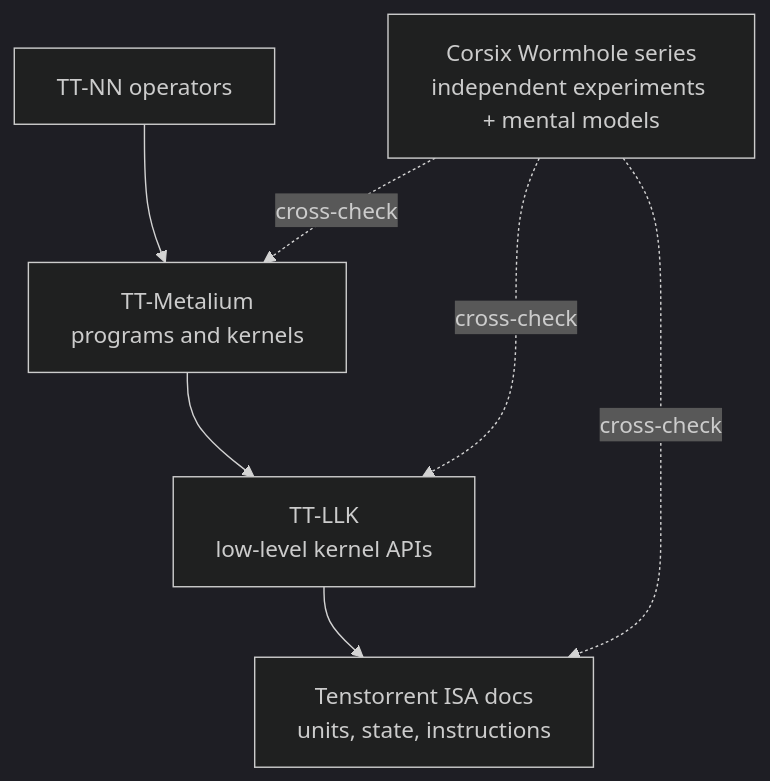
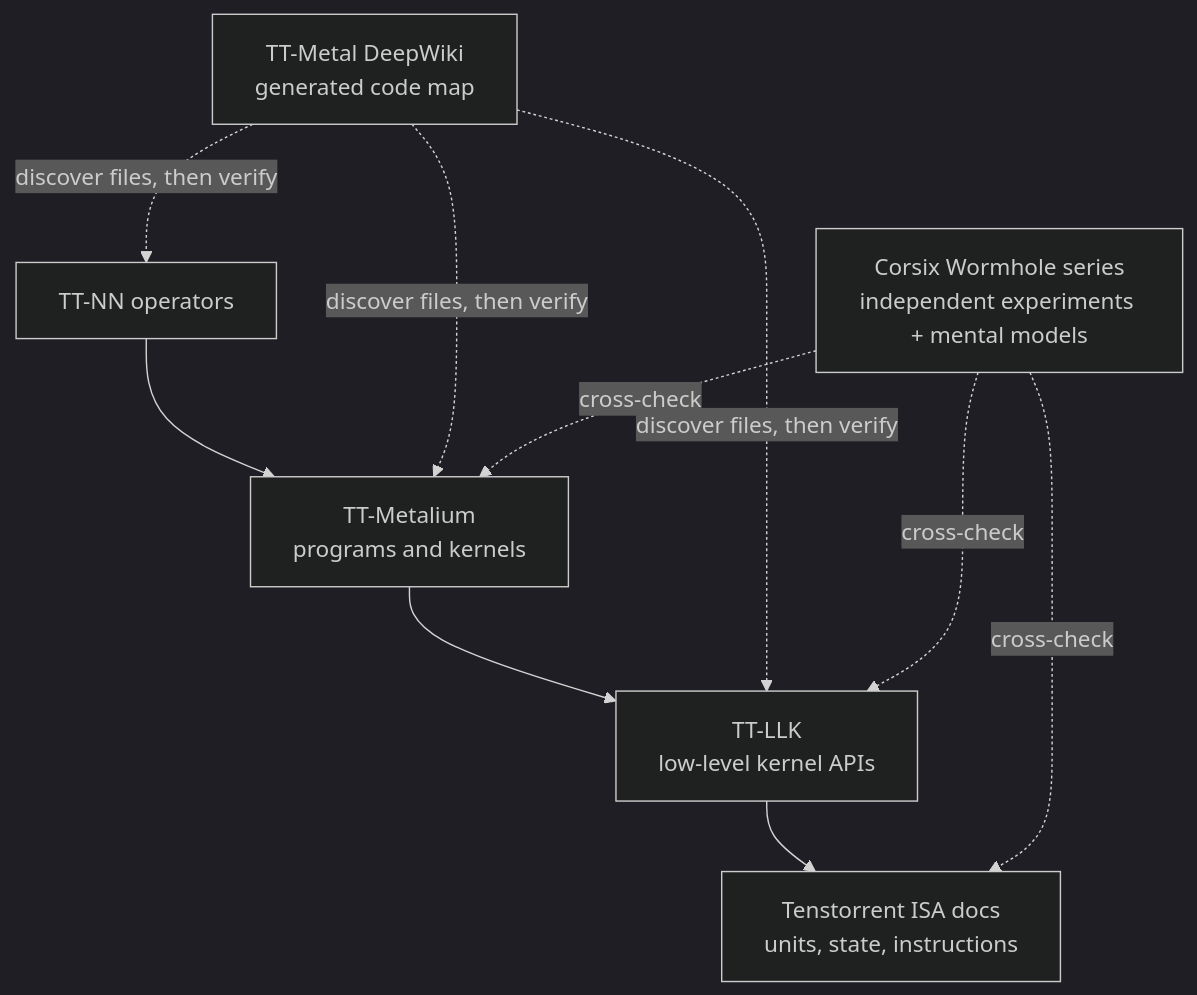
Before and after one commit to buicongnguyen/tenstorrent_work: the diagram in diagram_sources/source-map.mmd, drawn with Mermaid (dark theme). The commit also changed 18 other files, not shown here.

Commit message:
Add DeepWiki optimization learning track

```diff
--- a/diagram_sources/source-map.mmd
+++ b/diagram_sources/source-map.mmd
@@ -1,7 +1,10 @@
 flowchart TB
     A["TT-NN operators"] --> B["TT-Metalium<br/>programs and kernels"]
     B --> C["TT-LLK<br/>low-level kernel APIs"]
     C --> D["Tenstorrent ISA docs<br/>units, state, instructions"]
+    F["TT-Metal DeepWiki<br/>generated code map"] -. "discover files, then verify" .-> A
+    F -. "discover files, then verify" .-> B
+    F -. "discover files, then verify" .-> C
     E["Corsix Wormhole series<br/>independent experiments + mental models"] -. "cross-check" .-> B
     E -. "cross-check" .-> C
     E -. "cross-check" .-> D
```
